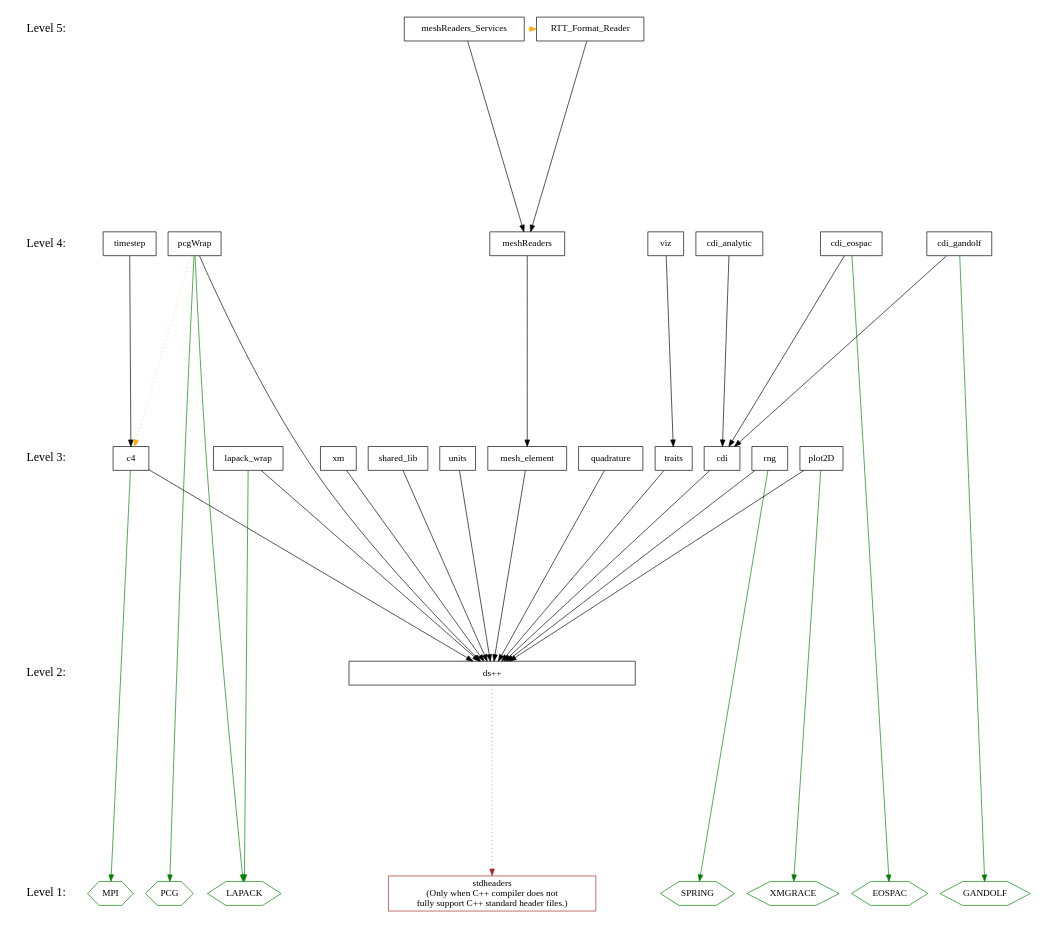
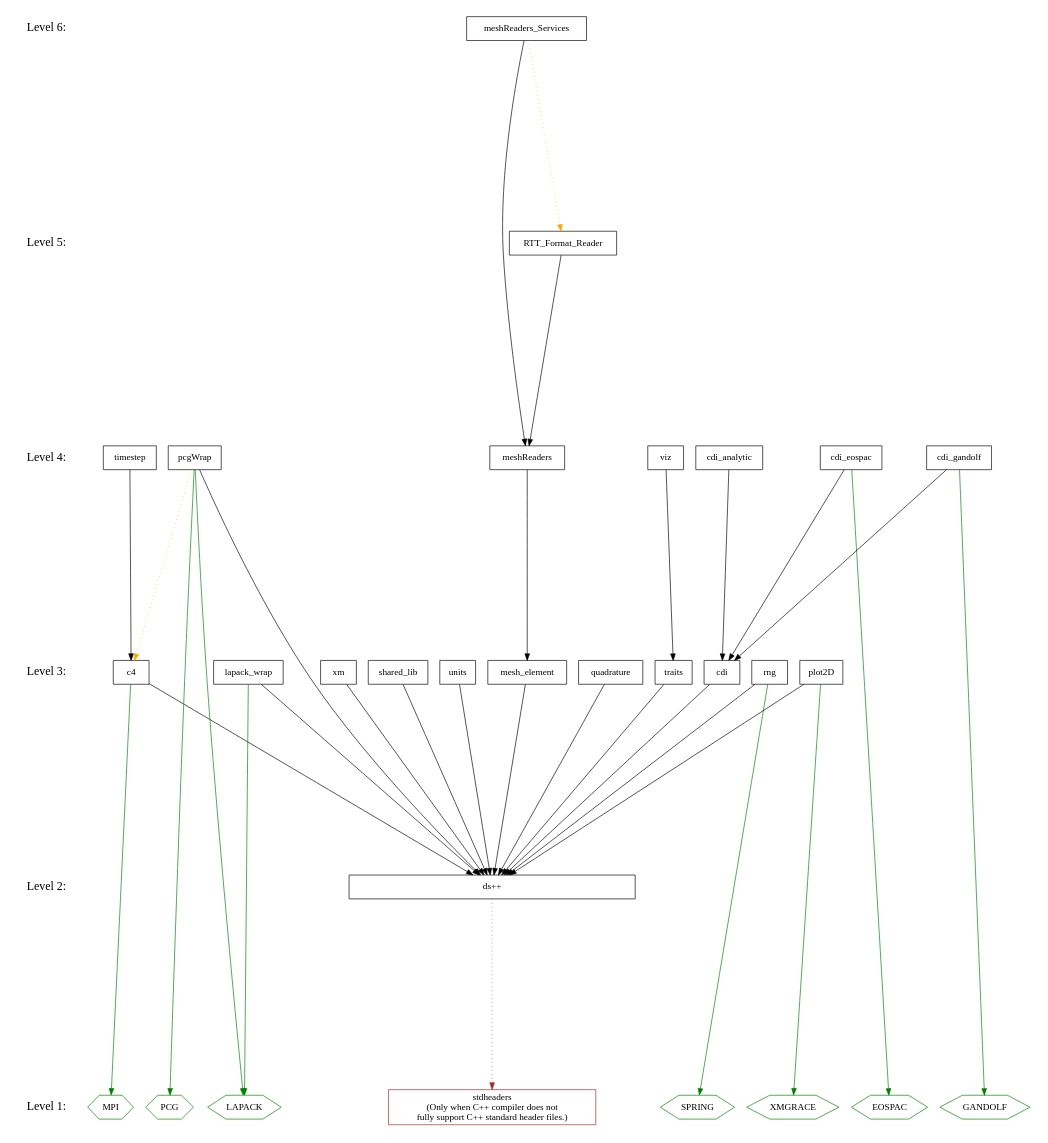
One commit to losalamos/Draco changed the diagram in doc/design/level.dot. Above: the diagram before and after it, drawn with Graphviz. The commit also changed 1 other file, not shown here.

Commit message:
o Moved meshReaders_Services to Level6 since there is a testing   dependence on RTT_Format_Reader.
Tracker:
Status: Open[ ] Closed[ ] Pending[ ]

```diff
--- a/doc/design/level.dot
+++ b/doc/design/level.dot
@@ -1,108 +1,115 @@
 digraph draco_level {
     /* graph attributes */
     center=1;
     size="7.5,10";
     ranksep=4;
     
     /* levels */
     level1 [shape=plaintext, label="Level 1:", fontsize=18];
     level2 [shape=plaintext, label="Level 2:", fontsize=18];
     level3 [shape=plaintext, label="Level 3:", fontsize=18];
     level4 [shape=plaintext, label="Level 4:", fontsize=18];
     level5 [shape=plaintext, label="Level 5:", fontsize=18];
+    level6 [shape=plaintext, label="Level 6:", fontsize=18];
     
-    level5 -> level4 -> level3 -> level2 -> level1 [style=invis];
+    level6 -> level5 -> level4 -> level3 -> level2 -> level1 [style=invis];
     
     /* packages */
 
     /* level 1 */
     stdheaders [shape=box,     color=brown, label="stdheaders\n(Only when C++ compiler does not\nfully support C++ standard header files.)"];
     vmpi       [shape=hexagon, color=green, label="MPI"];
     vlapack    [shape=hexagon, color=green, label="LAPACK"];
     vpcg       [shape=hexagon, color=green, label="PCG"];
     vgandolf   [shape=hexagon, color=green, label="GANDOLF"];
     veospac    [shape=hexagon, color=green, label="EOSPAC"];
     vgrace     [shape=hexagon, color=green, label="XMGRACE"];
     vspring    [shape=hexagon, color=green, label="SPRING"];
         
     /* level 2 */
     dsxx [shape=box, label="ds++", width=6];
     
     /* level 3 */
     traits [shape=box, label="traits"];
     xm [shape=box, label="xm"];
     c4 [shape=box, label="c4"];
     rng [shape=box, label="rng"];
     units [shape=box, label="units"];
     cdi [shape=box, label="cdi"];
     quad [shape=box, label="quadrature"];
     meshelement [shape=box, label="mesh_element"];
     plot [shape=box, label="plot2D"];
     lapack [shape=box, label="lapack_wrap"];
     shlib [shape=box, label="shared_lib"];
     
     /* level 4 */
     viz [shape=box, label="viz"];
     timestep [shape=box, label="timestep"];
     cdianal [shape=box, label="cdi_analytic"];
     cdieos [shape=box, label="cdi_eospac"];
     cdigan [shape=box, label="cdi_gandolf"];
     pcg [shape=box, label="pcgWrap"];
     meshread [shape=box, label="meshReaders"];
     
     /* level 5 */
+    rttread     [shape=box, label="RTT_Format_Reader"];
+    
+    /* level 6 */
     meshservice [shape=box, label="meshReaders_Services"];
-    rttread     [shape=box, label="RTT_Format_Reader"];
     
     /* dependencies */
     {rank=same; level1 stdheaders vlapack vpcg vmpi veospac  vgandolf vgrace vspring};
     {rank=same; level2 dsxx};
     {rank=same; level3 shlib plot lapack traits xm c4 rng units cdi quad meshelement};
     {rank=same; level4 viz timestep cdianal cdieos cdigan pcg meshread};
-    {rank=same; level5 rttread meshservice};
+    {rank=same; level5 rttread};
+    {rank=same; level6 meshservice};
     
     /* draco packages */
 
     /* NOTE:  hidden dependencies are in comments at the end of each line.
      * For example if a package depends on c4 it implicitly depends on dsxx
      * as well.  The dependency on dsxx is not shown explicitly on the
      * graph. 
     
     /* level 2 */
     dsxx -> {stdheaders}   [color="brown" style=dotted];
     
     /* level 3 */
     xm          -> {dsxx};
     units       -> {dsxx};
     traits      -> {dsxx};
     c4          -> {dsxx};
     c4          -> {vmpi}    [color="green"];
     rng         -> {dsxx};
     rng         -> {vspring} [color="green"];
     cdi         -> {dsxx};
     meshelement -> {dsxx};
     quad        -> {dsxx};
     plot        -> {dsxx};
     plot        -> {vgrace}  [color="green"];
     lapack      -> {dsxx};
     lapack      -> {vlapack} [color="green"];
     shlib       -> {dsxx};
     
     /* level 4 */
     viz         -> {traits};      /* traits: dsxx */
     timestep    -> {c4};          /* c4      : dsxx */
     pcg         -> {dsxx};
     pcg         -> {vlapack vpcg} [color="green"];
     pcg         -> {c4}           [color="orange" style=dotted];
     cdianal     -> {cdi};         /* cdi     : dsxx */
     cdieos      -> {cdi};         /* cdi     : dsxx */
     cdieos      -> {veospac}      [color="green"]; 
     cdigan      -> {cdi};         /* cdi     : dsxx */
     cdigan      -> {vgandolf}     [color="green"];
     meshread    -> {meshelement};
 
     /* level 5 */
+    rttread     -> {meshread};           /* meshread: dsxx */
+
+    /* level 6 */
     meshservice -> {meshread};           /* meshread: dsxx */
     meshservice -> {rttread} [color="orange" style=dotted];
-    rttread     -> {meshread};           /* meshread: dsxx */
+
 }
```
